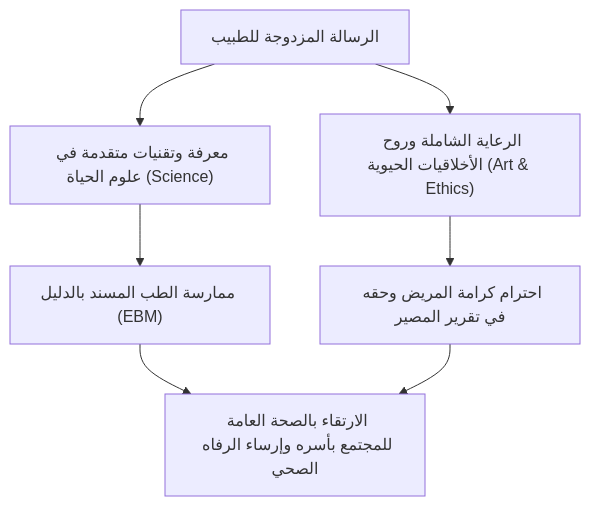
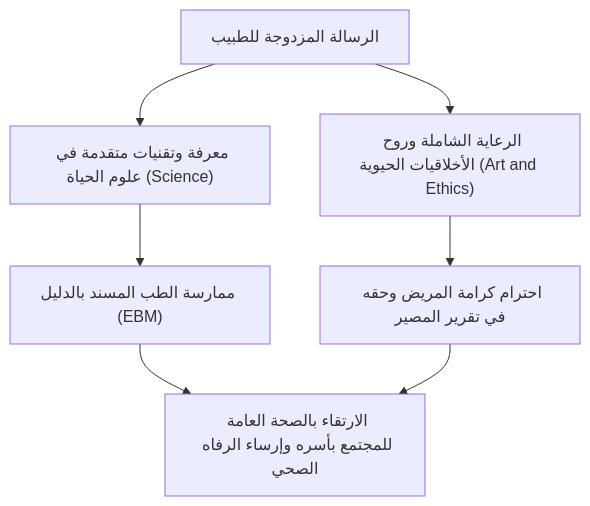
One commit to kenjinote/blog changed the first of 7 diagrams in content/post/medical-doctor-education-qualifications-specialties/index.ar.md. Above: the diagram before and after it, drawn with Mermaid. The commit also changed other lines of this file and 12 other files, not shown here.

Commit message:
fix(medical-doctor): resolve mermaid syntax error in subgraph and fix unrendered bold asterisks

````diff
--- a/content/post/medical-doctor-education-qualifications-specialties/index.ar.md
+++ b/content/post/medical-doctor-education-qualifications-specialties/index.ar.md
@@ -21,9 +21,9 @@
 ```mermaid
 flowchart TD
     A["الرسالة المزدوجة للطبيب"] --> B["معرفة وتقنيات متقدمة في علوم الحياة (Science)"]
-    A --> C["الرعاية الشاملة وروح الأخلاقيات الحيوية (Art & Ethics)"]
+    A --> C["الرعاية الشاملة وروح الأخلاقيات الحيوية (Art and Ethics)"]
     B --> D["ممارسة الطب المسند بالدليل (EBM)"]
     C --> E["احترام كرامة المريض وحقه في تقرير المصير"]
     D --> F["الارتقاء بالصحة العامة للمجتمع بأسره وإرساء الرفاه الصحي"]
     E --> F
 ```
````
